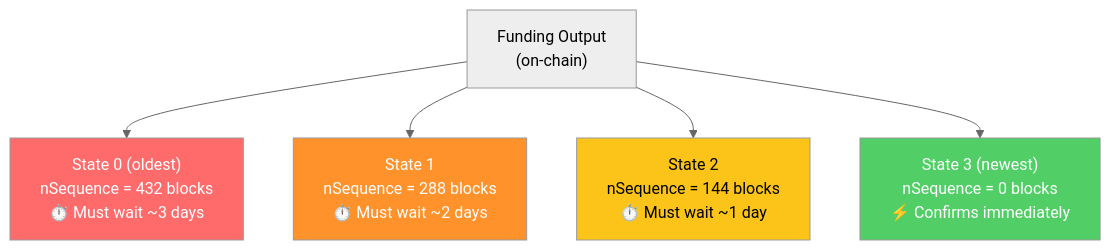
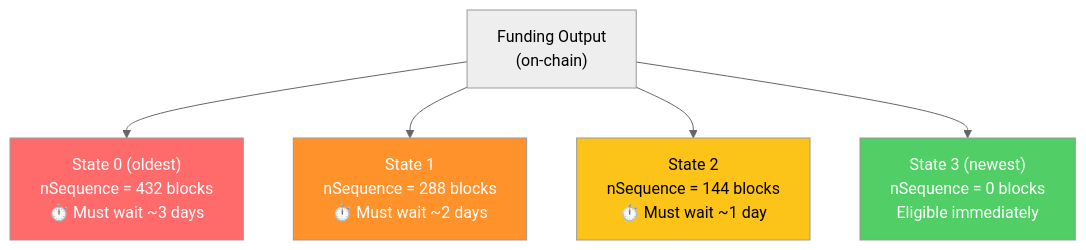
One commit to 8144225309/superscalar-docs changed the first of 2 diagrams in core-concepts/decker-wattenhofer-invalidation.md. Above: the diagram before and after it, drawn with Mermaid (neutral theme). The commit also changed other lines of this file and 31 other files, not shown here.

````diff
--- a/core-concepts/decker-wattenhofer-invalidation.md
+++ b/core-concepts/decker-wattenhofer-invalidation.md
@@ -15,17 +15,17 @@
 ```mermaid
 graph TD
     F["Funding Output<br/>(on-chain)"] --> S0
     F --> S1
     F --> S2
     F --> S3
 
     S0["State 0 (oldest)<br/>nSequence = 432 blocks<br/>⏱️ Must wait ~3 days"]
     S1["State 1<br/>nSequence = 288 blocks<br/>⏱️ Must wait ~2 days"]
     S2["State 2<br/>nSequence = 144 blocks<br/>⏱️ Must wait ~1 day"]
-    S3["State 3 (newest)<br/>nSequence = 0 blocks<br/>⚡ Confirms immediately"]
+    S3["State 3 (newest)<br/>nSequence = 0 blocks<br/>Eligible immediately"]
 
     style S0 fill:#ff6b6b,color:#fff
     style S1 fill:#ff922b,color:#fff
     style S2 fill:#fcc419,color:#000
     style S3 fill:#51cf66,color:#fff
 ```
````
